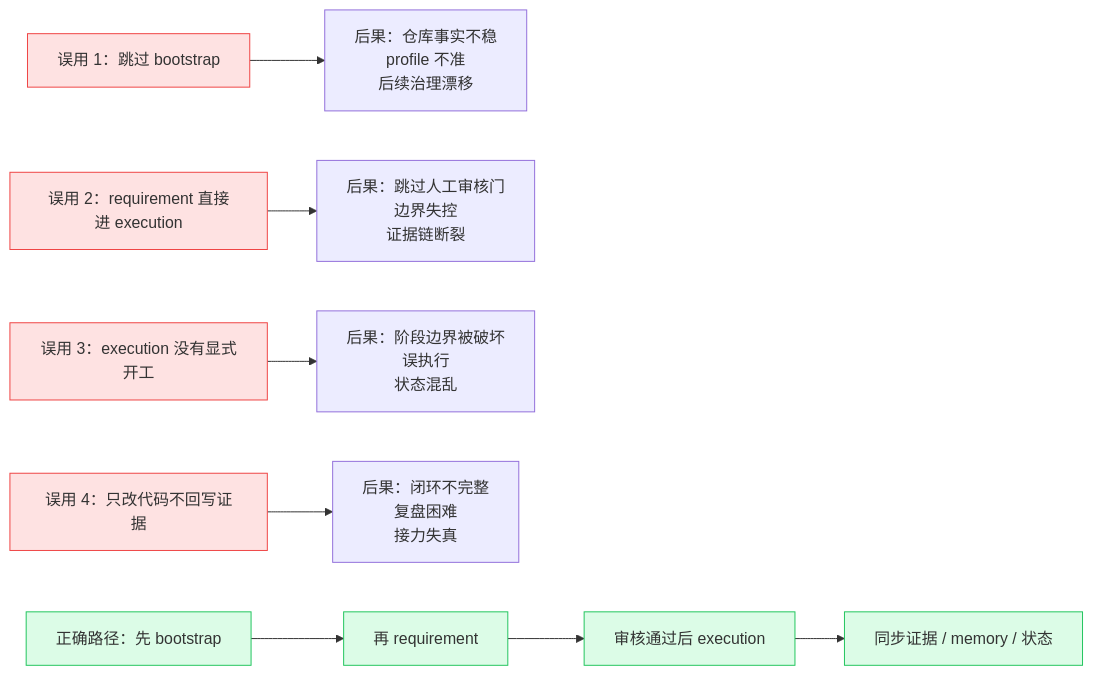
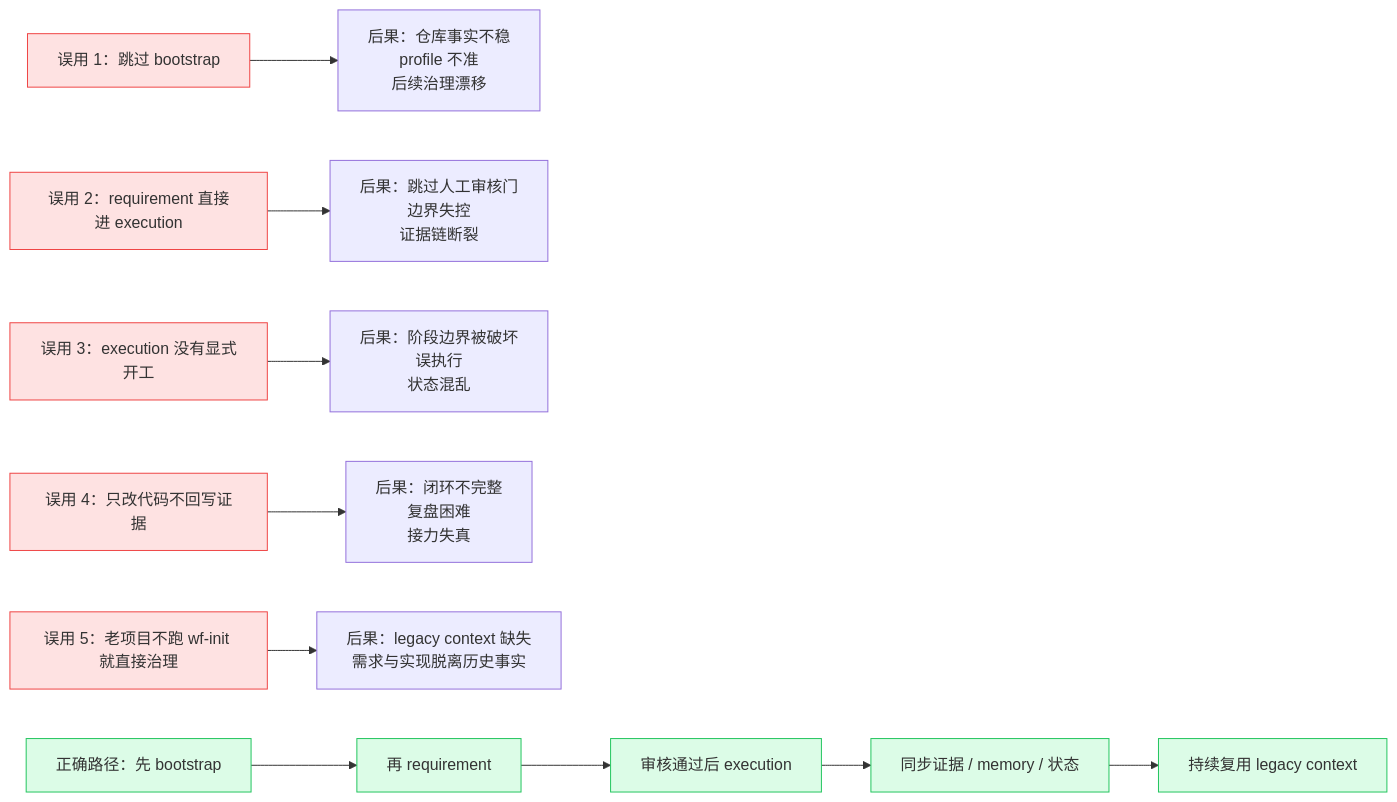
One commit to beyond-snail/workflow-skills changed the third of 3 diagrams in 可视化草图.md. Above: the diagram before and after it, drawn with Mermaid. The commit also changed other lines of this file and 5 other files, not shown here.

````diff
--- a/可视化草图.md
+++ b/可视化草图.md
@@ -79,20 +85,24 @@
 ```mermaid
 flowchart LR
     M1[误用 1：跳过 bootstrap] --> R1[后果：仓库事实不稳<br/>profile 不准<br/>后续治理漂移]
     M2[误用 2：requirement 直接进 execution] --> R2[后果：跳过人工审核门<br/>边界失控<br/>证据链断裂]
     M3[误用 3：execution 没有显式开工] --> R3[后果：阶段边界被破坏<br/>误执行<br/>状态混乱]
     M4[误用 4：只改代码不回写证据] --> R4[后果：闭环不完整<br/>复盘困难<br/>接力失真]
+    M5[误用 5：老项目不跑 wf-init 就直接治理] --> R5[后果：legacy context 缺失<br/>需求与实现脱离历史事实]
 
     F1[正确路径：先 bootstrap] --> F2[再 requirement]
     F2 --> F3[审核通过后 execution]
     F3 --> F4[同步证据 / memory / 状态]
+    F4 --> F5[持续复用 legacy context]
 
     style M1 fill:#FEE2E2,stroke:#EF4444
     style M2 fill:#FEE2E2,stroke:#EF4444
     style M3 fill:#FEE2E2,stroke:#EF4444
     style M4 fill:#FEE2E2,stroke:#EF4444
+    style M5 fill:#FEE2E2,stroke:#EF4444
     style F1 fill:#DCFCE7,stroke:#22C55E
     style F2 fill:#DCFCE7,stroke:#22C55E
     style F3 fill:#DCFCE7,stroke:#22C55E
     style F4 fill:#DCFCE7,stroke:#22C55E
+    style F5 fill:#DCFCE7,stroke:#22C55E
 ```
````
